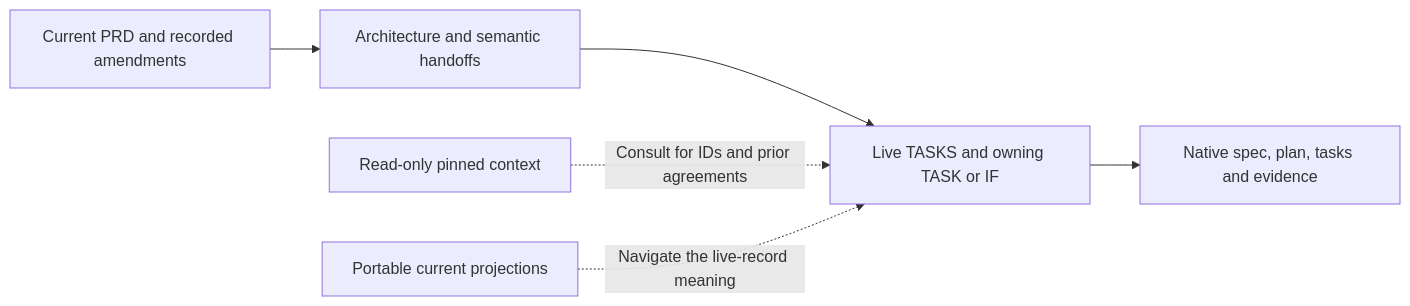
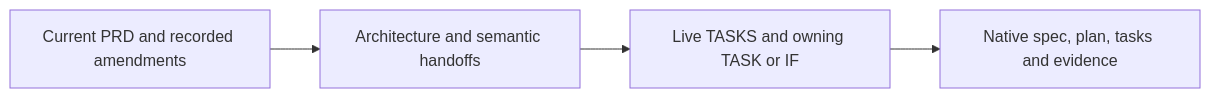
The diagram in docs/architecture/authority-index.md (Stellven/jiuwenswarm), drawn with Mermaid before and after one commit. The commit also changed other lines of this file and 275 other files, not shown here.

Commit message:
docs: trim handoff to current architecture and specification inputs

````diff
--- a/docs/architecture/authority-index.md
+++ b/docs/architecture/authority-index.md
@@ -22,8 +18,6 @@
 ```mermaid
 flowchart LR
     Product[Current PRD and recorded amendments] --> Design[Architecture and semantic handoffs]
     Design --> Live[Live TASKS and owning TASK or IF]
     Live --> Native[Native spec, plan, tasks and evidence]
-    Snapshot[Read-only pinned context] -.->|Consult for IDs and prior agreements| Live
-    Projection[Portable current projections] -.->|Navigate the live-record meaning| Live
 ```
````
